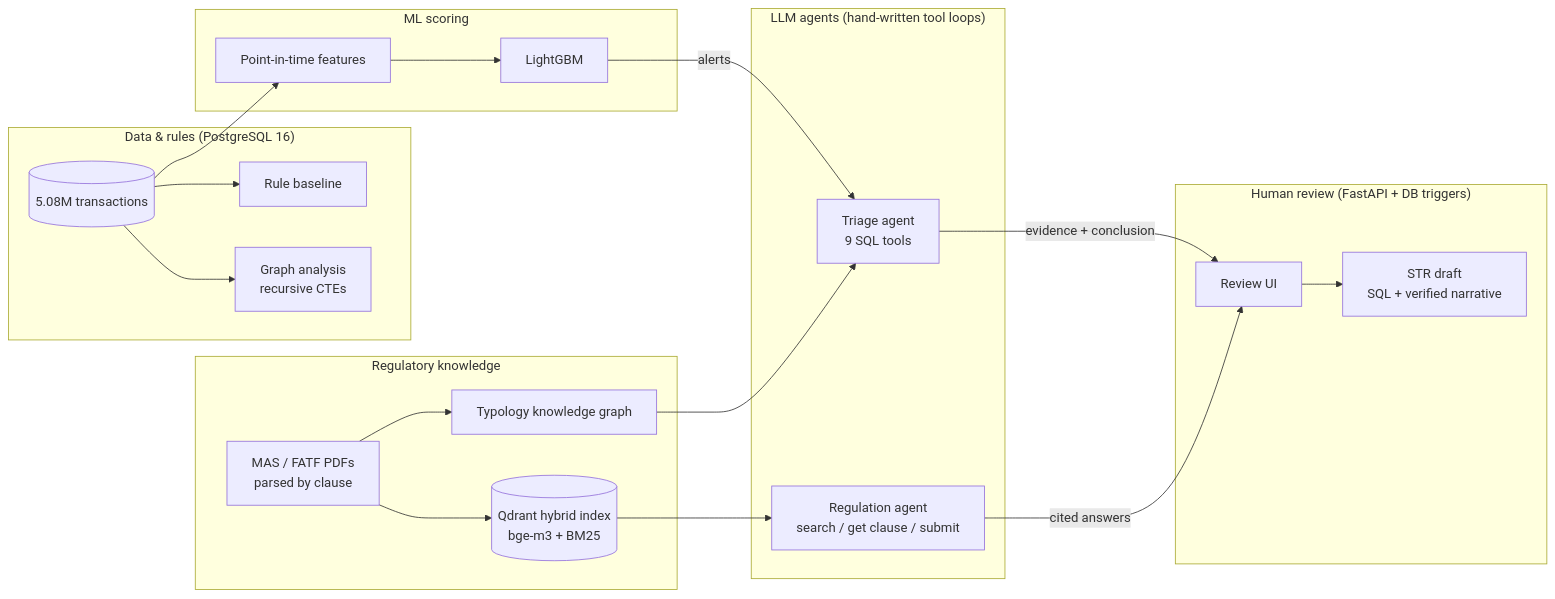
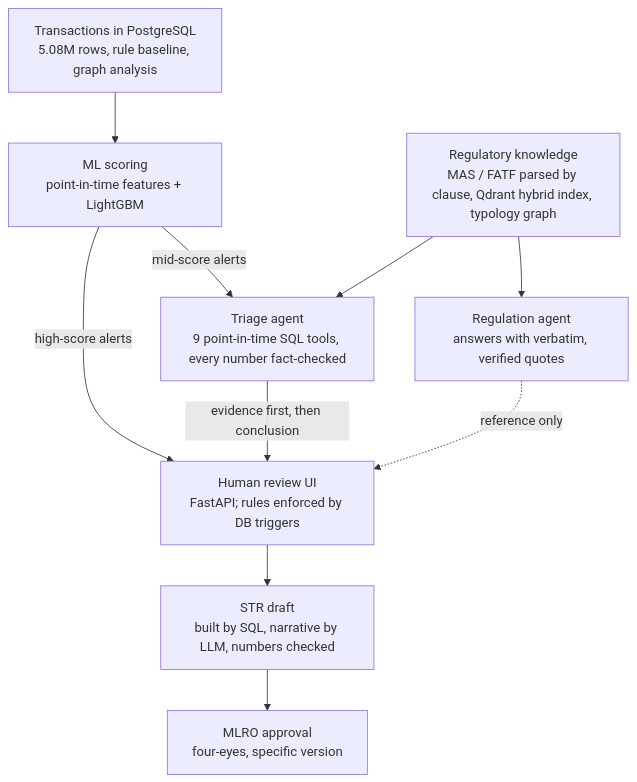
One commit to hyc1054432995/SentryAML changed the diagram in README.md. Above: the diagram before and after it, drawn with Mermaid. The commit also changed 1 other file, not shown here.

Commit message:
README: top-down architecture diagram without overlapping labels

````diff
--- a/README.md
+++ b/README.md
@@ -32,27 +32,19 @@
 ```mermaid
-flowchart LR
-  subgraph Data["Data & rules (PostgreSQL 16)"]
-    T[(5.08M transactions)] --> R[Rule baseline]
-    T --> G[Graph analysis<br/>recursive CTEs]
-  end
-  subgraph ML["ML scoring"]
-    F[Point-in-time features] --> L[LightGBM]
-  end
-  subgraph KB["Regulatory knowledge"]
-    P[MAS / FATF PDFs<br/>parsed by clause] --> Q[(Qdrant hybrid index<br/>bge-m3 + BM25)]
-    P --> K[Typology knowledge graph]
-  end
-  subgraph Agents["LLM agents (hand-written tool loops)"]
-    A[Triage agent<br/>9 SQL tools]
-    RA[Regulation agent<br/>search / get clause / submit]
-  end
-  subgraph Review["Human review (FastAPI + DB triggers)"]
-    U[Review UI] --> S[STR draft<br/>SQL + verified narrative]
-  end
-  T --> F
-  L -->|alerts| A
-  K --> A
-  Q --> RA
-  A -->|evidence + conclusion| U
-  RA -->|cited answers| U
+flowchart TB
+  D["Transactions in PostgreSQL<br/>5.08M rows, rule baseline, graph analysis"]
+  M["ML scoring<br/>point-in-time features + LightGBM"]
+  KB["Regulatory knowledge<br/>MAS / FATF parsed by clause, Qdrant hybrid index, typology graph"]
+  A["Triage agent<br/>9 point-in-time SQL tools, every number fact-checked"]
+  RA["Regulation agent<br/>answers with verbatim, verified quotes"]
+  H["Human review UI<br/>FastAPI; rules enforced by DB triggers"]
+  S["STR draft<br/>built by SQL, narrative by LLM, numbers checked"]
+  P["MLRO approval<br/>four-eyes, specific version"]
+  D --> M
+  M -->|"mid-score alerts"| A
+  M -->|"high-score alerts"| H
+  KB --> A
+  KB --> RA
+  A -->|"evidence first, then conclusion"| H
+  RA -.->|"reference only"| H
+  H --> S --> P
 ```
````
